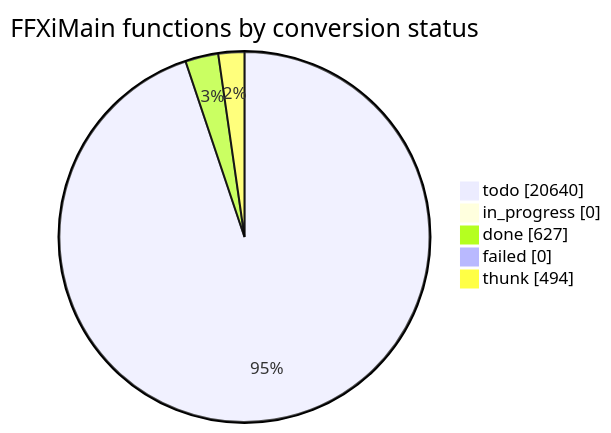
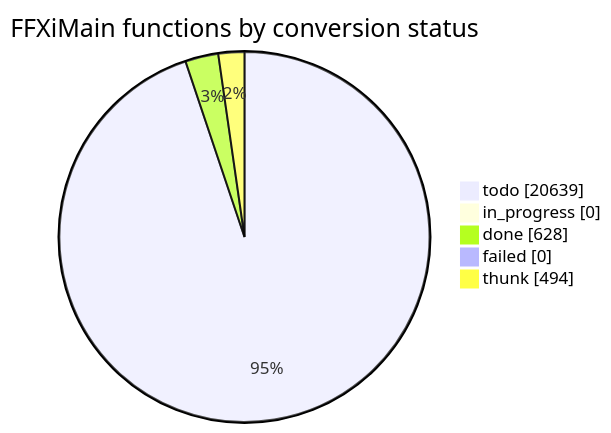
Before and after one commit to cowrevenge/cow_kuluu_xi_anything: the diagram in docs/cow/STATUS.md, drawn with Mermaid. The commit also changed other lines of this file and 9 other files, not shown here.

````diff
--- a/docs/cow/STATUS.md
+++ b/docs/cow/STATUS.md
@@ -18,9 +18,9 @@
 ```mermaid
 pie showData
     title FFXiMain functions by conversion status
-    "todo" : 20640
+    "todo" : 20639
     "in_progress" : 0
-    "done" : 627
+    "done" : 628
     "failed" : 0
     "thunk" : 494
 ```
````
